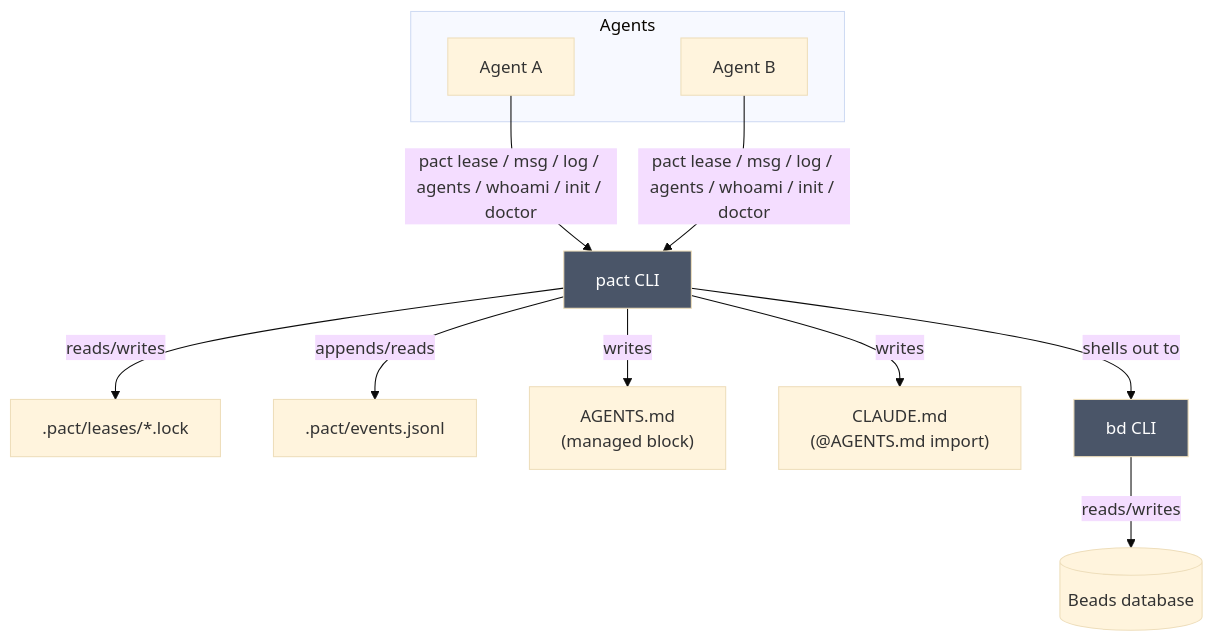
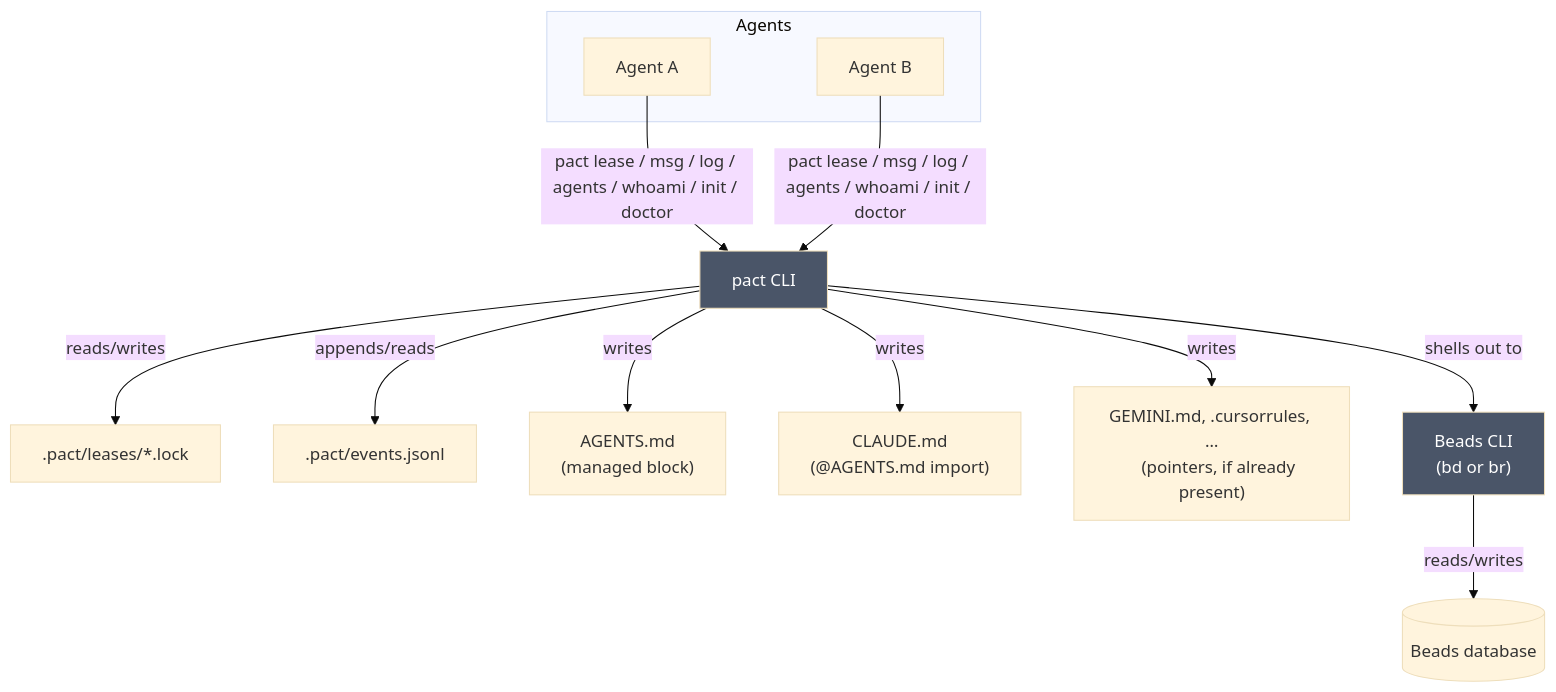
One commit to chussenot/pact changed the diagram in docs/architecture.md. Above: the diagram before and after it, drawn with Mermaid (base theme). The commit also changed other lines of this file and 5 other files, not shown here.

````diff
--- a/docs/architecture.md
+++ b/docs/architecture.md
@@ -10,22 +10,25 @@
 ```mermaid
 flowchart TB
     subgraph Agents
         A[Agent A]
         B[Agent B]
     end
 
     A -->|pact lease / msg / log / agents / whoami / init / doctor| P[pact CLI]
     B -->|pact lease / msg / log / agents / whoami / init / doctor| P
 
     P -->|reads/writes| L[".pact/leases/*.lock"]
     P -->|appends/reads| R[".pact/events.jsonl"]
     P -->|writes| M["AGENTS.md
     (managed block)"]
     P -->|writes| C["CLAUDE.md
     (@AGENTS.md import)"]
-    P -->|shells out to| BD[bd CLI]
+    P -->|writes| I["GEMINI.md, .cursorrules, …
+    (pointers, if already present)"]
+    P -->|shells out to| BD["Beads CLI
+    (bd or br)"]
     BD -->|reads/writes| DB[(Beads database)]
 
     style P fill:#4a5568,color:#fff
     style BD fill:#4a5568,color:#fff
 ```
````
